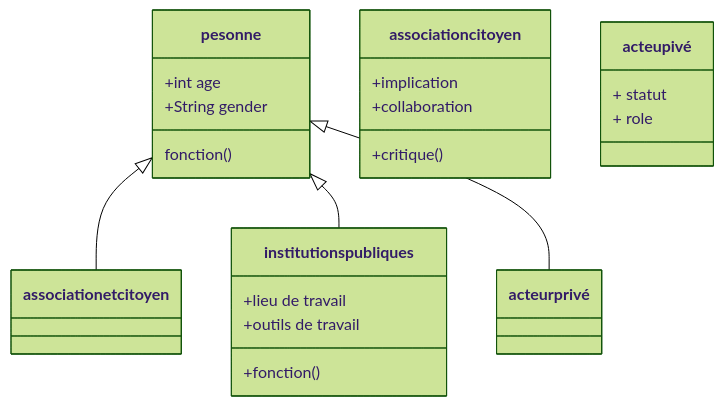
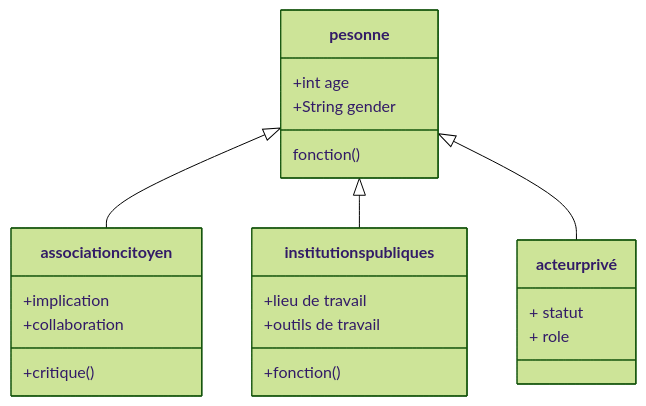
The diagram in acteurskahiarchi.md (kahiarchi/plaine---saint--Denis---batiment-), drawn with Mermaid (forest theme) before and after one commit.

Commit message:
Fix class name and formatting in acteurskahiarchi.md

````diff
--- a/acteurskahiarchi.md
+++ b/acteurskahiarchi.md
@@ -1,25 +1,25 @@
 ```mermaid
 classDiagram
-    pesonne <|-- associationetcitoyen
+    pesonne <|-- association citoyen
     pesonne <|-- institutions publiques
     pesonne <|-- acteur privé 
 
     pesonne : +int age
     pesonne : +String gender
     pesonne : fonction()
 
   class association citoyen {
      +implication 
      +collaboration
      +critique ()
     }
     class institutions publiques{
           +lieu de travail
           +outils de travail
           +fonction ()
     }
-    class acteu pivé{
+    class acteur privé{
       + statut
      +  role
      }
 ```
````
